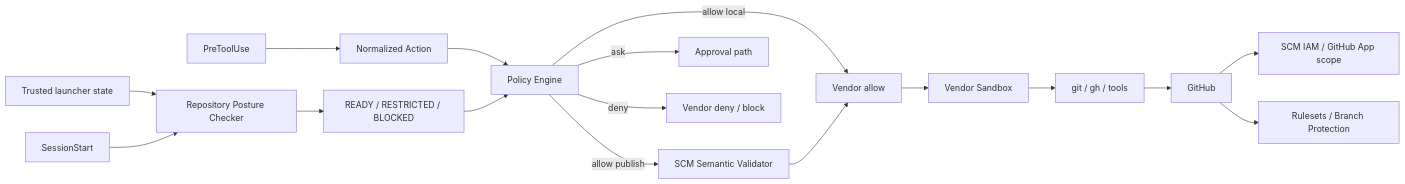
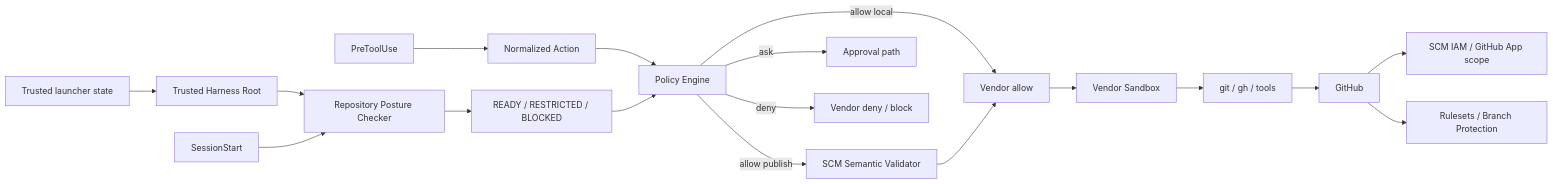
One commit to tomo-chan/agent-harness changed the diagram in docs/06-vendor-harnesses.md. Above: the diagram before and after it, drawn with Mermaid. The commit also changed other lines of this file, not shown here.

Commit message:
docs: document trusted harness execution boundary

````diff
--- a/docs/06-vendor-harnesses.md
+++ b/docs/06-vendor-harnesses.md
@@ -7,19 +7,20 @@
 ```mermaid
 flowchart LR
-    TL[Trusted launcher state] --> RP[Repository Posture Checker]
+    TL[Trusted launcher state] --> TR[Trusted Harness Root]
+    TR --> RP[Repository Posture Checker]
     SS[SessionStart] --> RP
     RP --> ST[READY / RESTRICTED / BLOCKED]
     PT[PreToolUse] --> N[Normalized Action]
     N --> P[Policy Engine]
     ST --> P
     P -->|allow publish| SV[SCM Semantic Validator]
     P -->|allow local| A[Vendor allow]
     P -->|ask| Q[Approval path]
     P -->|deny| D[Vendor deny / block]
     SV --> A
     A --> S[Vendor Sandbox]
     S --> T[git / gh / tools]
     T --> GH[GitHub]
     GH --> IAM[SCM IAM / GitHub App scope]
     GH --> R[Rulesets / Branch Protection]
 ```
````
